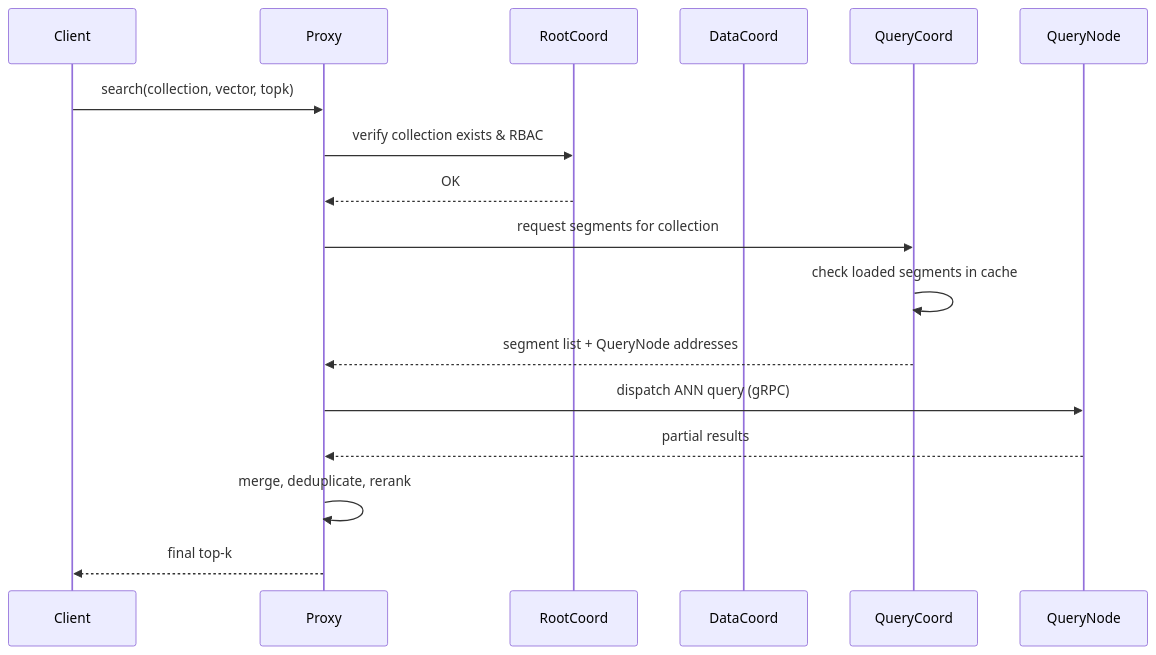
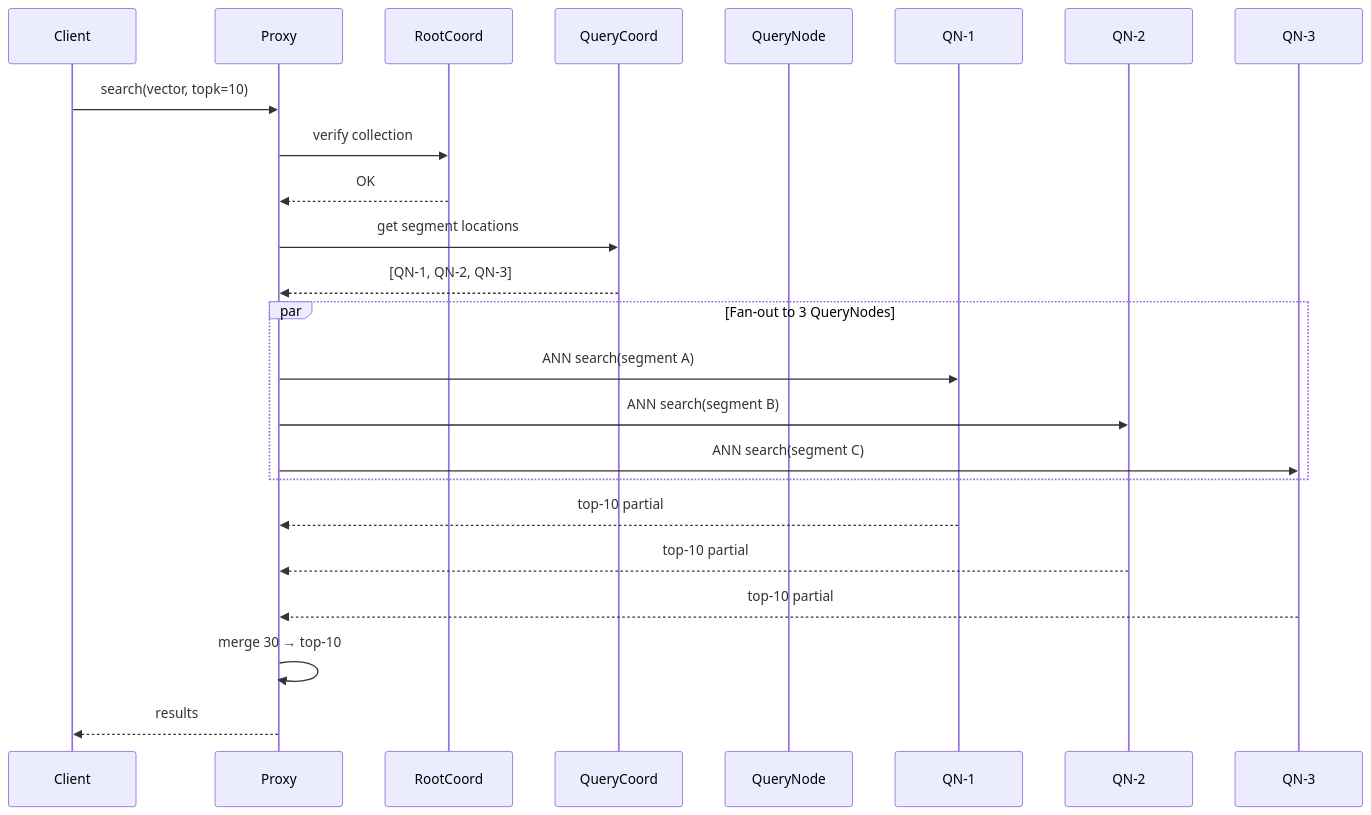
One commit to Leito2/Learning changed the second of 4 diagrams in SW-ML-AI Engineering/10 - Cloud, Infra y Backend/33 - Vector Databases and Semantic Search/07 - Milvus I - Distributed Architecture.md. Above: the diagram before and after it, drawn with Mermaid. The commit also changed other lines of this file and 123 other files, not shown here.

````diff
--- a/SW-ML-AI Engineering/10 - Cloud, Infra y Backend/33 - Vector Databases and Semantic Search/07 - Milvus I - Distributed Architecture.md
+++ b/SW-ML-AI Engineering/10 - Cloud, Infra y Backend/33 - Vector Databases and Semantic Search/07 - Milvus I - Distributed Architecture.md
@@ -153,19 +128,23 @@
 ```mermaid
 sequenceDiagram
     participant C as Client
     participant P as Proxy
     participant R as RootCoord
-    participant D as DataCoord
-    participant Q as QueryCoord
+    participant QC as QueryCoord
     participant QN as QueryNode
-    C->>P: search(collection, vector, topk)
-    P->>R: verify collection exists & RBAC
+    C->>P: search(vector, topk=10)
+    P->>R: verify collection
     R-->>P: OK
-    P->>Q: request segments for collection
-    Q->>Q: check loaded segments in cache
-    Q-->>P: segment list + QueryNode addresses
-    P->>QN: dispatch ANN query (gRPC)
-    QN-->>P: partial results
-    P->>P: merge, deduplicate, rerank
-    P-->>C: final top-k
+    P->>QC: get segment locations
+    QC-->>P: [QN-1, QN-2, QN-3]
+    par Fan-out to 3 QueryNodes
+        P->>QN-1: ANN search(segment A)
+        P->>QN-2: ANN search(segment B)
+        P->>QN-3: ANN search(segment C)
+    end
+    QN-1-->>P: top-10 partial
+    QN-2-->>P: top-10 partial
+    QN-3-->>P: top-10 partial
+    P->>P: merge 30 → top-10
+    P-->>C: results
 ```
````
